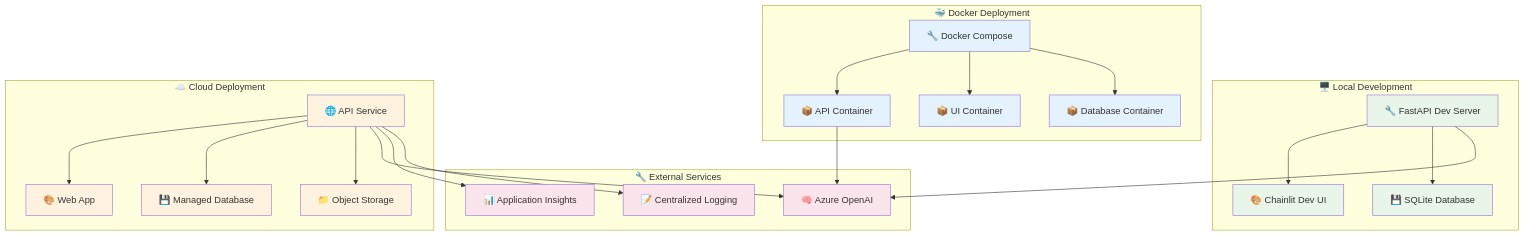
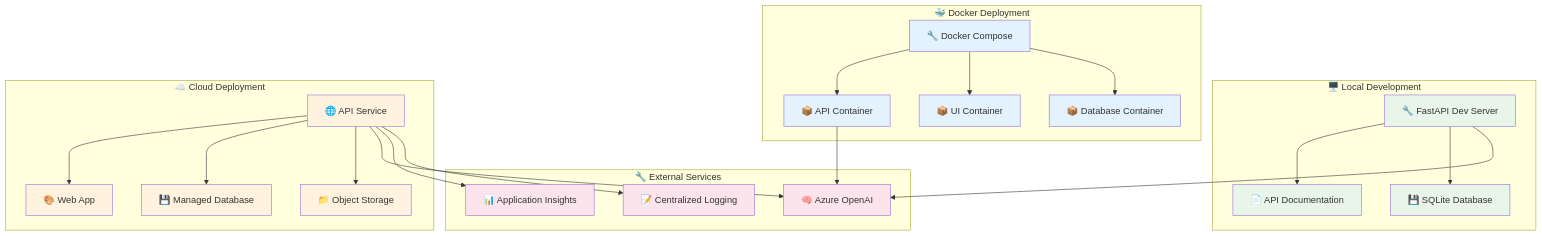
Diagram 11 of 13 in docs/architecture/README.md (the-ingenious-dark-knight/Insight_Ingenious), drawn with Mermaid before and after one commit. The commit also changed other lines of this file and 3 other files, not shown here.

Commit message:
fix: update documentation for configuration migration and troubleshooting, removing deprecated YAML support and correcting API port references

````diff
--- a/docs/architecture/README.md
+++ b/docs/architecture/README.md
@@ -583,56 +583,56 @@
 ```mermaid
 graph TB
     subgraph "🖥️ Local Development"
         LOCAL_API[🔧 FastAPI Dev Server]
-        LOCAL_UI[🎨 Chainlit Dev UI]
+        LOCAL_DOCS[📄 API Documentation]
         LOCAL_DB[💾 SQLite Database]
     end
 
     subgraph "🐳 Docker Deployment"
         DOCKER_API[📦 API Container]
         DOCKER_UI[📦 UI Container]
         DOCKER_DB[📦 Database Container]
         DOCKER_COMPOSE[🔧 Docker Compose]
     end
 
     subgraph "☁️ Cloud Deployment"
         CLOUD_API[🌐 API Service]
         CLOUD_UI[🎨 Web App]
         CLOUD_DB[💾 Managed Database]
         CLOUD_STORAGE[📁 Object Storage]
     end
 
     subgraph "🔧 External Services"
         AZURE_OPENAI[🧠 Azure OpenAI]
         MONITORING[📊 Application Insights]
         LOGGING[📝 Centralized Logging]
     end
 
-    LOCAL_API --> LOCAL_UI
+    LOCAL_API --> LOCAL_DOCS
     LOCAL_API --> LOCAL_DB
 
     DOCKER_COMPOSE --> DOCKER_API
     DOCKER_COMPOSE --> DOCKER_UI
     DOCKER_COMPOSE --> DOCKER_DB
 
     CLOUD_API --> CLOUD_UI
     CLOUD_API --> CLOUD_DB
     CLOUD_API --> CLOUD_STORAGE
 
     LOCAL_API --> AZURE_OPENAI
     DOCKER_API --> AZURE_OPENAI
     CLOUD_API --> AZURE_OPENAI
 
     CLOUD_API --> MONITORING
     CLOUD_API --> LOGGING
 
     classDef local fill:#e8f5e8
     classDef docker fill:#e3f2fd
     classDef cloud fill:#fff3e0
     classDef external fill:#fce4ec
 
-    class LOCAL_API,LOCAL_UI,LOCAL_DB local
+    class LOCAL_API,LOCAL_DOCS,LOCAL_DB local
     class DOCKER_API,DOCKER_UI,DOCKER_DB,DOCKER_COMPOSE docker
     class CLOUD_API,CLOUD_UI,CLOUD_DB,CLOUD_STORAGE cloud
     class AZURE_OPENAI,MONITORING,LOGGING external
 ```
````
